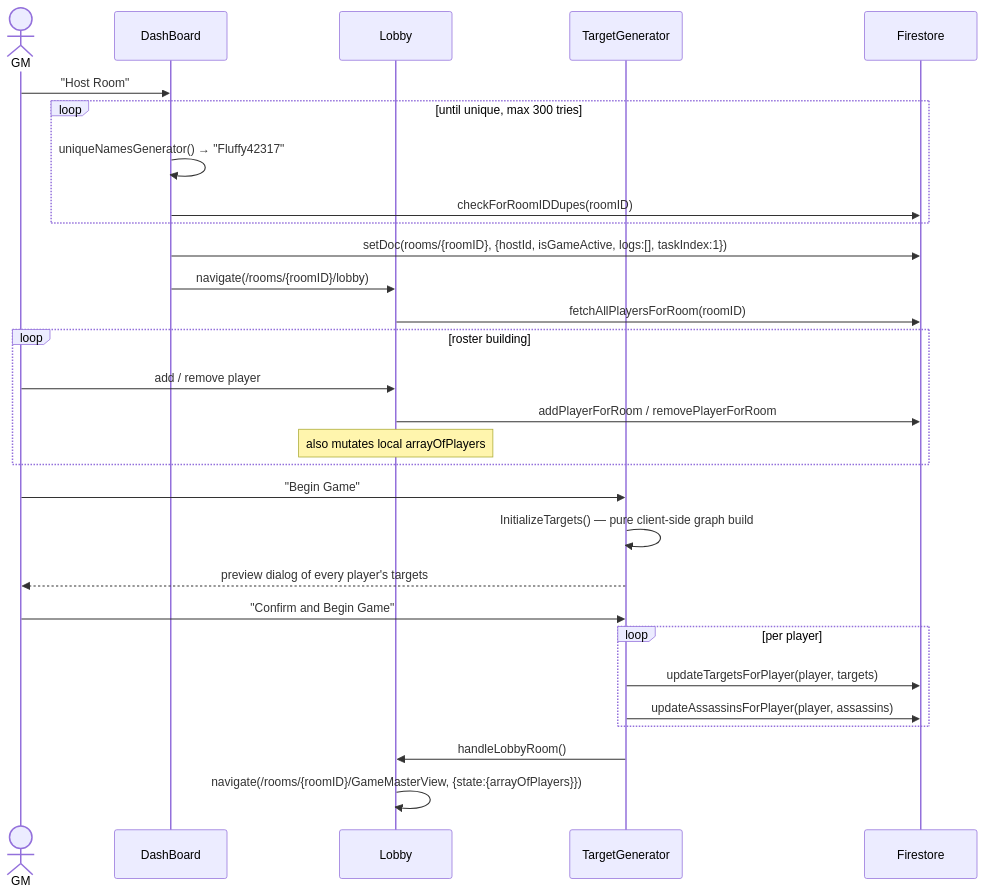
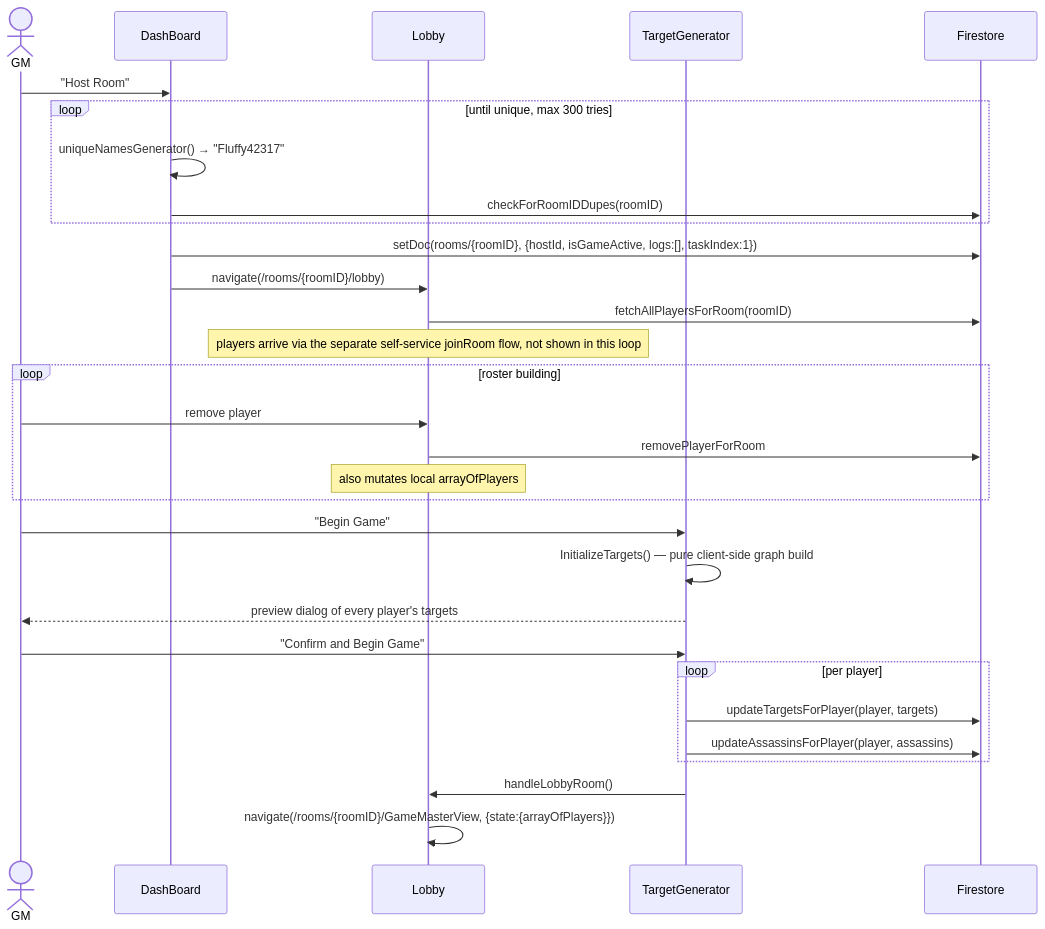
Before and after one commit to allenthebosscoder/mall-mystery-heroes: the first of 4 diagrams in docs/game-flows.md, drawn with Mermaid. The commit also changed 3 other files, not shown here.

````diff
--- a/docs/game-flows.md
+++ b/docs/game-flows.md
@@ -11,34 +11,35 @@
 ```mermaid
 sequenceDiagram
     actor GM
     participant DB as DashBoard
     participant Lobby
     participant TG as TargetGenerator
     participant FS as Firestore
 
     GM->>DB: "Host Room"
     loop until unique, max 300 tries
         DB->>DB: uniqueNamesGenerator() → "Fluffy42317"
         DB->>FS: checkForRoomIDDupes(roomID)
     end
     DB->>FS: setDoc(rooms/{roomID}, {hostId, isGameActive, logs:[], taskIndex:1})
     DB->>Lobby: navigate(/rooms/{roomID}/lobby)
 
     Lobby->>FS: fetchAllPlayersForRoom(roomID)
+    Note over Lobby: players arrive via the separate self-service joinRoom flow, not shown in this loop
     loop roster building
-        GM->>Lobby: add / remove player
-        Lobby->>FS: addPlayerForRoom / removePlayerForRoom
+        GM->>Lobby: remove player
+        Lobby->>FS: removePlayerForRoom
         Note over Lobby: also mutates local arrayOfPlayers
     end
 
     GM->>TG: "Begin Game"
     TG->>TG: InitializeTargets() — pure client-side graph build
     TG-->>GM: preview dialog of every player's targets
     GM->>TG: "Confirm and Begin Game"
     loop per player
         TG->>FS: updateTargetsForPlayer(player, targets)
         TG->>FS: updateAssassinsForPlayer(player, assassins)
     end
     TG->>Lobby: handleLobbyRoom()
     Lobby->>Lobby: navigate(/rooms/{roomID}/GameMasterView, {state:{arrayOfPlayers}})
 ```
````
